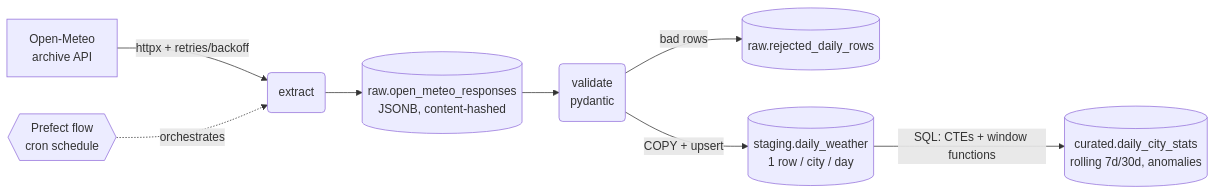
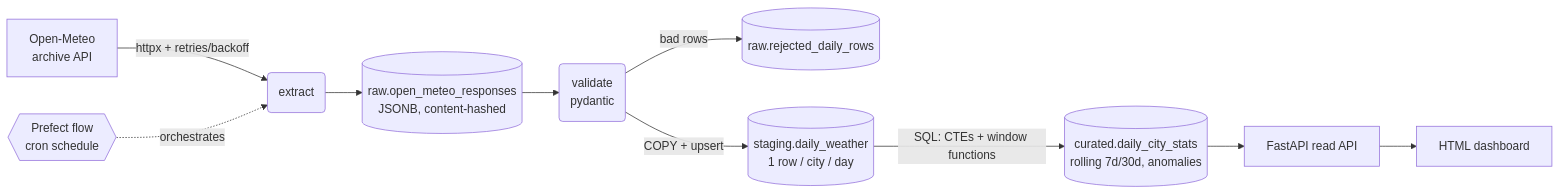
Before and after one commit to NoorSbeih/city-weather-pipeline: the diagram in README.md, drawn with Mermaid. The commit also changed other lines of this file and 12 other files, not shown here.

First line of the commit message:
Add 8-city registry, FastAPI read API, and dashboard

````diff
--- a/README.md
+++ b/README.md
@@ -13,10 +13,12 @@
 ```mermaid
 flowchart LR
     A[Open-Meteo<br/>archive API] -->|httpx + retries/backoff| B(extract)
     B --> C[(raw.open_meteo_responses<br/>JSONB, content-hashed)]
     C --> D(validate<br/>pydantic)
     D -->|bad rows| Q[(raw.rejected_daily_rows)]
     D -->|COPY + upsert| E[(staging.daily_weather<br/>1 row / city / day)]
     E -->|SQL: CTEs + window functions| F[(curated.daily_city_stats<br/>rolling 7d/30d, anomalies)]
+    F --> G[FastAPI read API]
+    G --> H[HTML dashboard]
     P{{Prefect flow<br/>cron schedule}} -.orchestrates.-> B
 ```
````
